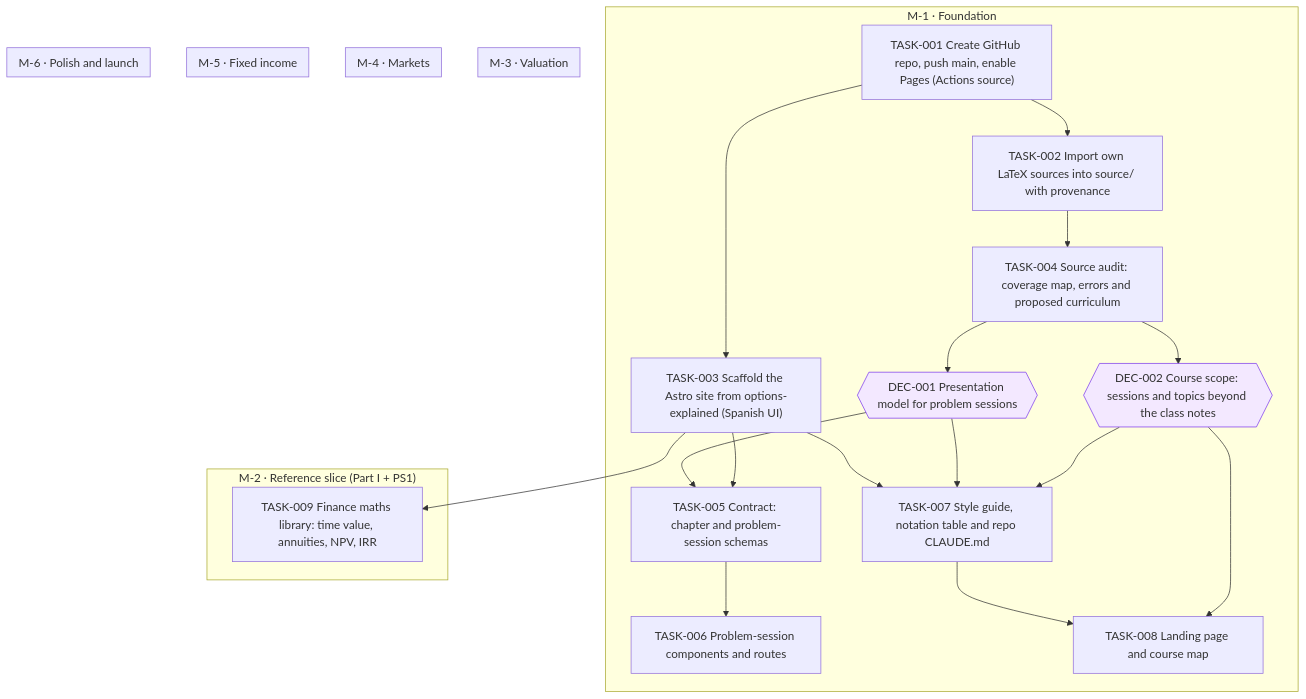
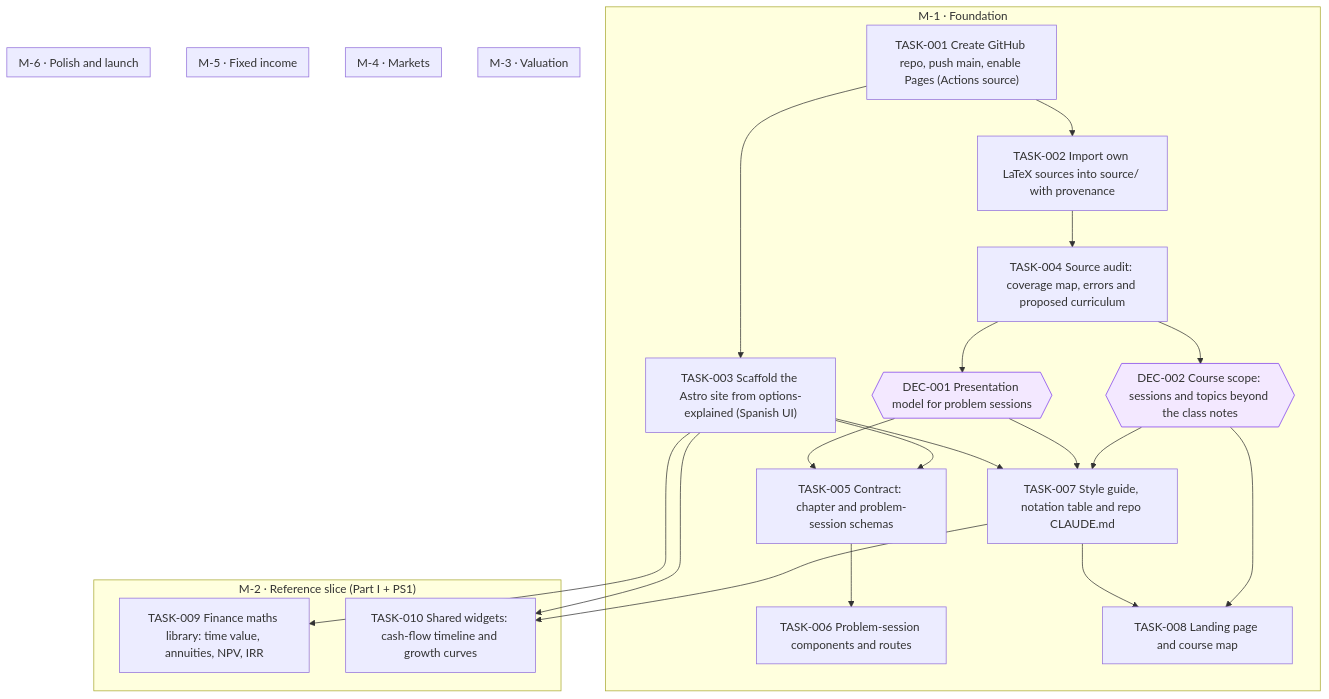
Before and after one commit to jesusvillota/economia-financiera: the diagram in goals/course-site/README.md, drawn with Mermaid. The commit also changed 1 other file, not shown here.

Commit message:
goal(course-site): add TASK-010 Shared widgets: cash-flow timeline and growth curves

````diff
--- a/goals/course-site/README.md
+++ b/goals/course-site/README.md
@@ -19,45 +19,48 @@
 ```mermaid
 flowchart TD
   subgraph M_1["M-1 · Foundation"]
     DEC_001{{"DEC-001 Presentation model for problem sessions"}}
     DEC_002{{"DEC-002 Course scope: sessions and topics beyond the class notes"}}
     TASK_001["TASK-001 Create GitHub repo, push main, enable Pages (Actions source)"]
     TASK_002["TASK-002 Import own LaTeX sources into source/ with provenance"]
     TASK_003["TASK-003 Scaffold the Astro site from options-explained (Spanish UI)"]
     TASK_004["TASK-004 Source audit: coverage map, errors and proposed curriculum"]
     TASK_005["TASK-005 Contract: chapter and problem-session schemas"]
     TASK_006["TASK-006 Problem-session components and routes"]
     TASK_007["TASK-007 Style guide, notation table and repo CLAUDE.md"]
     TASK_008["TASK-008 Landing page and course map"]
   end
   subgraph M_2["M-2 · Reference slice (Part I + PS1)"]
     TASK_009["TASK-009 Finance maths library: time value, annuities, NPV, IRR"]
+    TASK_010["TASK-010 Shared widgets: cash-flow timeline and growth curves"]
   end
   subgraph M_3["M-3 · Valuation"]
   end
   subgraph M_4["M-4 · Markets"]
   end
   subgraph M_5["M-5 · Fixed income"]
   end
   subgraph M_6["M-6 · Polish and launch"]
   end
   TASK_004 --> DEC_001
   TASK_004 --> DEC_002
   TASK_001 --> TASK_002
   TASK_001 --> TASK_003
   TASK_002 --> TASK_004
   DEC_001 --> TASK_005
   TASK_003 --> TASK_005
   TASK_005 --> TASK_006
   TASK_003 --> TASK_007
   DEC_001 --> TASK_007
   DEC_002 --> TASK_007
   TASK_007 --> TASK_008
   DEC_002 --> TASK_008
   TASK_003 --> TASK_009
+  TASK_003 --> TASK_010
+  TASK_007 --> TASK_010
   classDef draft stroke-dasharray: 4 3
   classDef cancelled opacity:0.45
   classDef decision fill:#f3e8ff,stroke:#7c3aed
   class DEC_001 decision
   class DEC_002 decision
 ```
````
